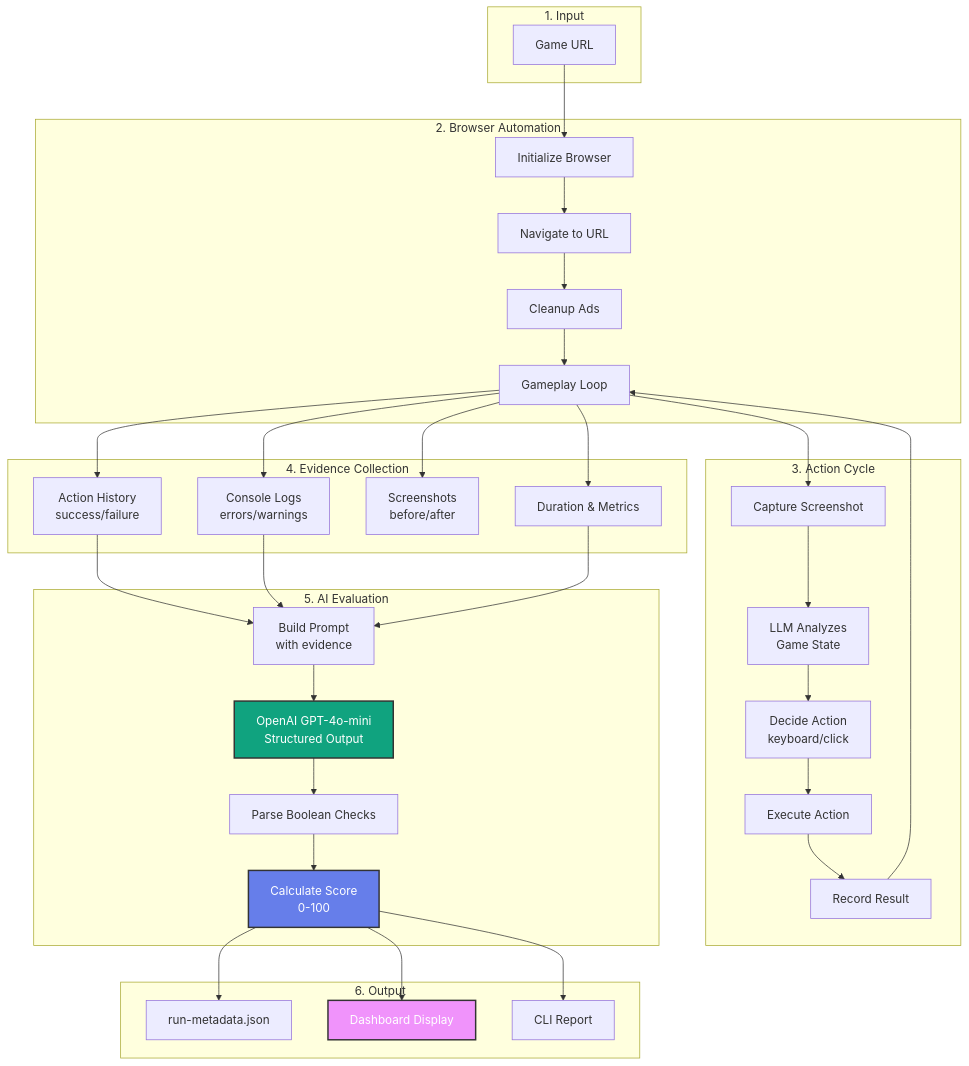
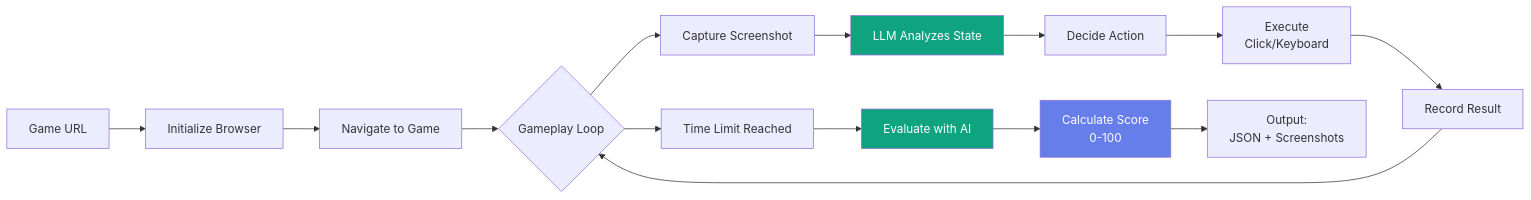
Before and after one commit to kennyu/game-autoplay: the second of 2 diagrams in README.md, drawn with Mermaid. The commit also changed other lines of this file, not shown here.

Commit message:
doc: Removed too many diagrams

````diff
--- a/README.md
+++ b/README.md
@@ -238,74 +64,22 @@
 ```mermaid
-graph TD
-    subgraph "1. Input"
-        URL[Game URL]
-    end
+graph LR
+    A[Game URL] --> B[Initialize Browser]
+    B --> C[Navigate to Game]
+    C --> D{Gameplay Loop}
     
-    subgraph "2. Browser Automation"
-        Init[Initialize Browser]
-        Nav[Navigate to URL]
-        Loop[Gameplay Loop]
-        Clean[Cleanup Ads]
-    end
+    D --> E[Capture Screenshot]
+    E --> F[LLM Analyzes State]
+    F --> G[Decide Action]
+    G --> H[Execute<br/>Click/Keyboard]
+    H --> I[Record Result]
+    I --> D
     
-    subgraph "3. Action Cycle"
-        Screenshot[Capture Screenshot]
-        Analyze[LLM Analyzes<br/>Game State]
-        Decide[Decide Action<br/>keyboard/click]
-        Execute[Execute Action]
-        Record[Record Result]
-    end
+    D --> J[Time Limit Reached]
+    J --> K[Evaluate with AI]
+    K --> L[Calculate Score<br/>0-100]
+    L --> M[Output:<br/>JSON + Screenshots]
     
-    subgraph "4. Evidence Collection"
-        Actions[Action History<br/>success/failure]
-        Logs[Console Logs<br/>errors/warnings]
-        Images[Screenshots<br/>before/after]
-        Timing[Duration & Metrics]
-    end
-    
-    subgraph "5. AI Evaluation"
-        Build[Build Prompt<br/>with evidence]
-        LLM[OpenAI GPT-4o-mini<br/>Structured Output]
-        Parse[Parse Boolean Checks]
-        Calculate[Calculate Score<br/>0-100]
-    end
-    
-    subgraph "6. Output"
-        JSON[run-metadata.json]
-        Display[Dashboard Display]
-        Report[CLI Report]
-    end
-    
-    URL --> Init
-    Init --> Nav
-    Nav --> Clean
-    Clean --> Loop
-    
-    Loop --> Screenshot
-    Screenshot --> Analyze
-    Analyze --> Decide
-    Decide --> Execute
-    Execute --> Record
-    Record --> Loop
-    
-    Loop --> Actions
-    Loop --> Logs
-    Loop --> Images
-    Loop --> Timing
-    
-    Actions --> Build
-    Logs --> Build
-    Timing --> Build
-    
-    Build --> LLM
-    LLM --> Parse
-    Parse --> Calculate
-    
-    Calculate --> JSON
-    Calculate --> Display
-    Calculate --> Report
-    
-    style LLM fill:#10a37f,stroke:#333,stroke-width:2px,color:#fff
-    style Calculate fill:#667eea,stroke:#333,stroke-width:2px,color:#fff
-    style Display fill:#f093fb,stroke:#333,stroke-width:2px,color:#fff
+    style F fill:#10a37f,color:#fff
+    style K fill:#10a37f,color:#fff
+    style L fill:#667eea,color:#fff
 ```
````
